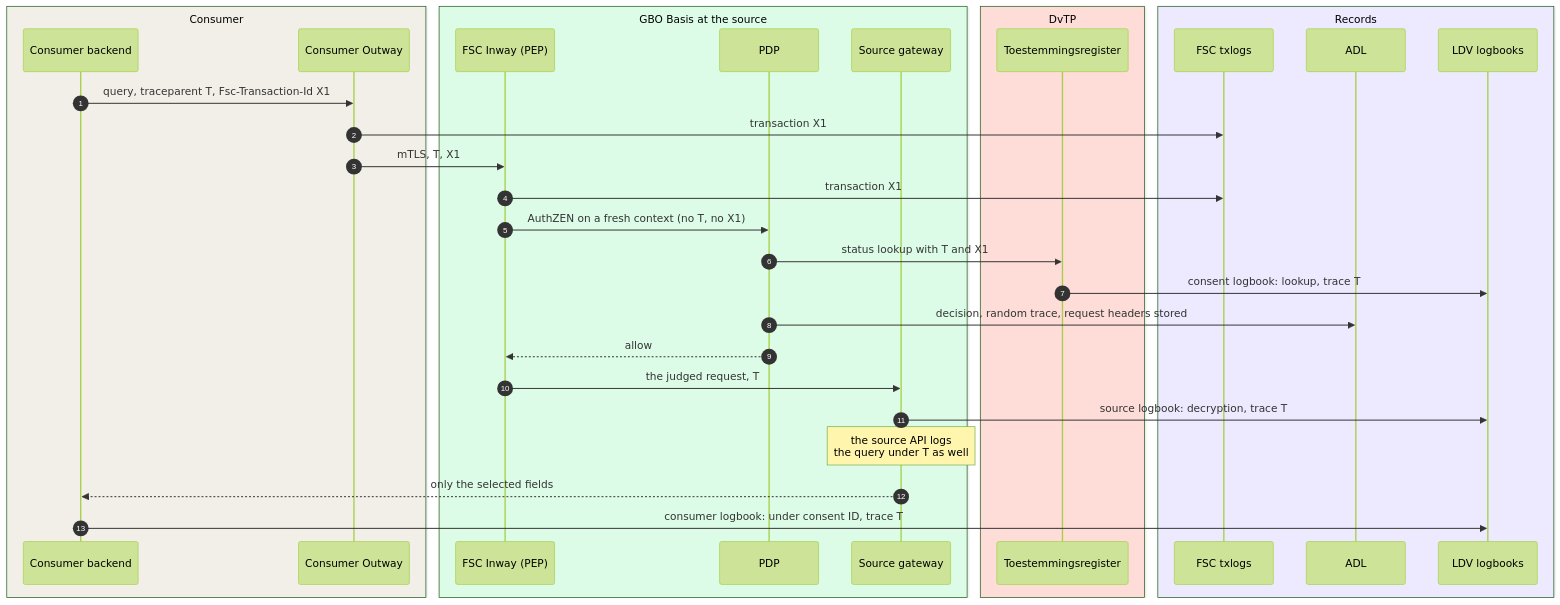
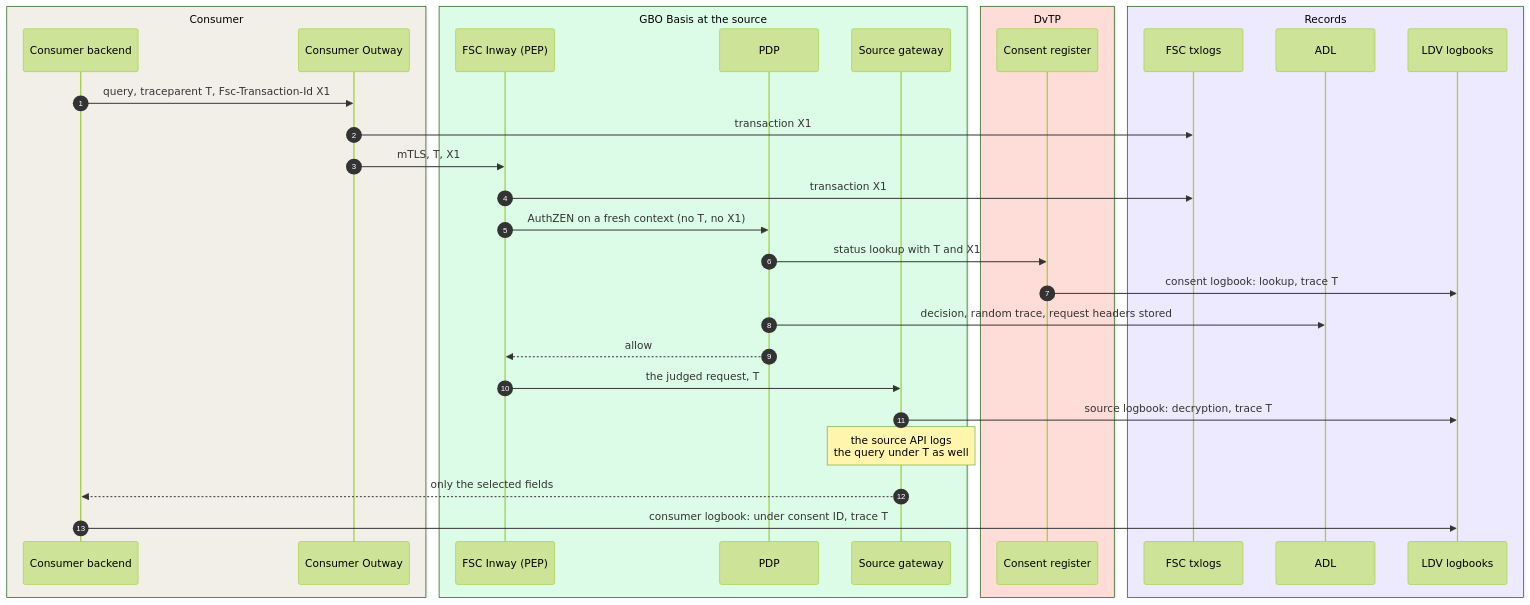
The second of 3 diagrams in docs/building-blocks/gbo-basis/records.md (ICTU/GBO-TO), drawn with Mermaid (forest theme) before and after one commit. The commit also changed other lines of this file and 82 other files, not shown here.

````diff
--- a/docs/building-blocks/gbo-basis/records.md
+++ b/docs/building-blocks/gbo-basis/records.md
@@ -93,35 +93,35 @@
 ```mermaid
 sequenceDiagram
   autonumber
   box rgb(241,239,232) Consumer
     participant C as Consumer backend
     participant OW as Consumer Outway
   end
   box rgb(220,252,231) GBO Basis at the source
     participant IN as FSC Inway (PEP)
     participant PDP as PDP
     participant GW as Source gateway
   end
   box rgb(254,220,216) DvTP
-    participant CR as Toestemmingsregister
+    participant CR as Consent register
   end
   box rgb(237,233,254) Records
     participant TX as FSC txlogs
     participant ADL as ADL
     participant LDV as LDV logbooks
   end
   C->>OW: query, traceparent T, Fsc-Transaction-Id X1
   OW->>TX: transaction X1
   OW->>IN: mTLS, T, X1
   IN->>TX: transaction X1
   IN->>PDP: AuthZEN on a fresh context (no T, no X1)
   PDP->>CR: status lookup with T and X1
   CR->>LDV: consent logbook: lookup, trace T
   PDP->>ADL: decision, random trace, request headers stored
   PDP-->>IN: allow
   IN->>GW: the judged request, T
   GW->>LDV: source logbook: decryption, trace T
   Note over GW: the source API logs<br/>the query under T as well
   GW-->>C: only the selected fields
   C->>LDV: consumer logbook: under consent ID, trace T
 ```
````
